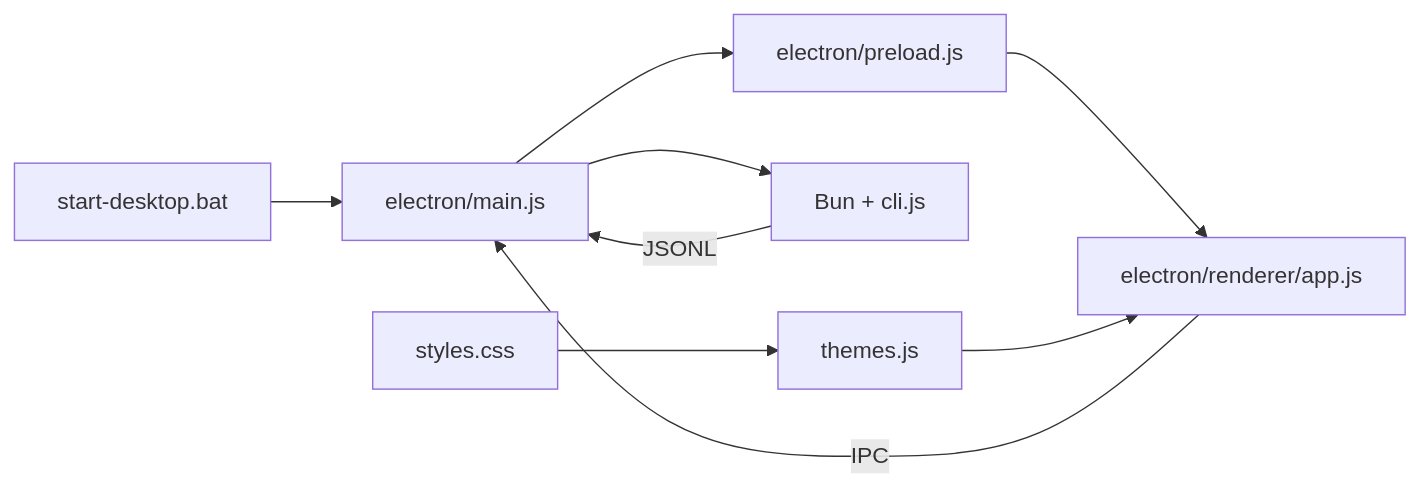
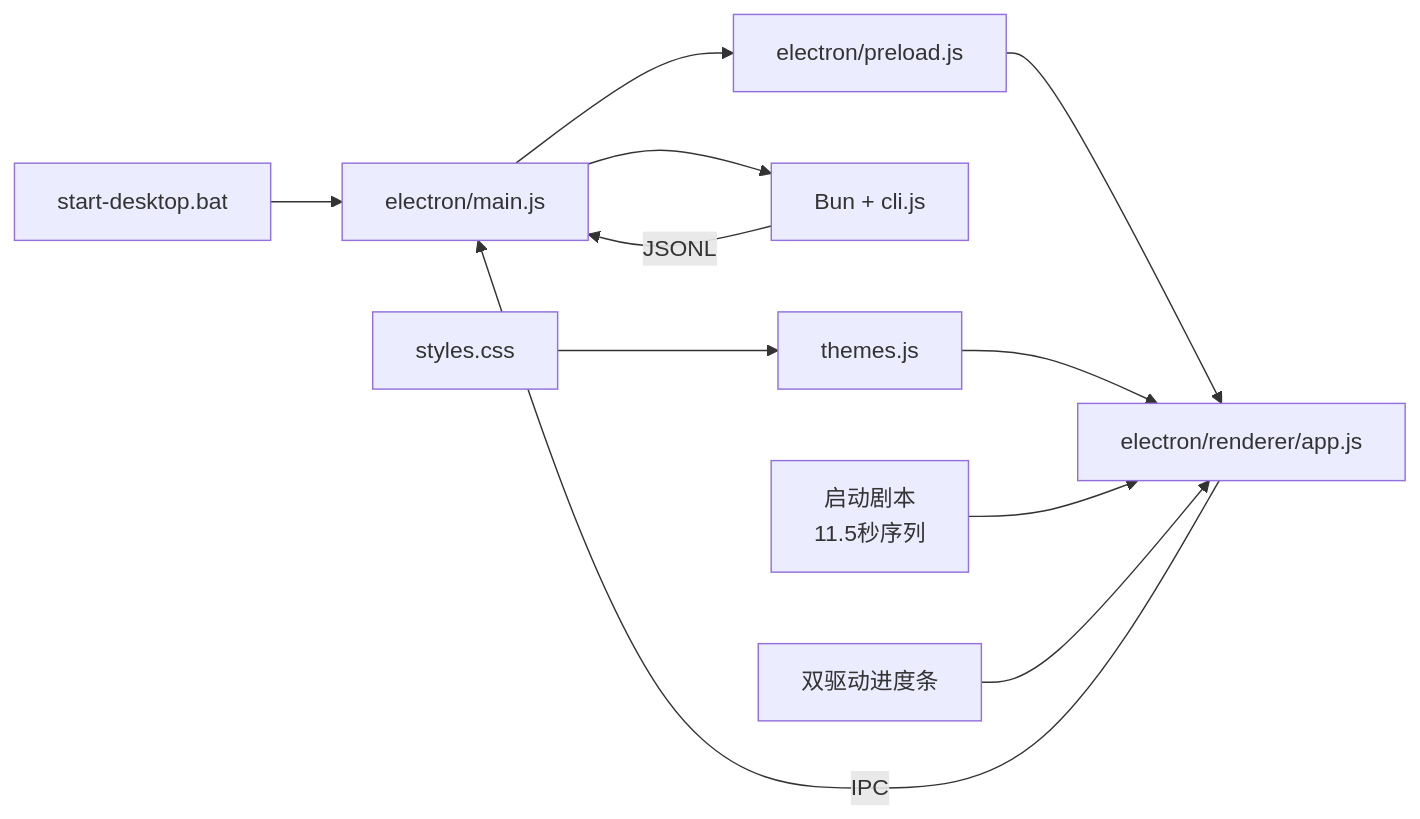
One commit to swond-Mao/Tiffa changed the fifth of 5 diagrams in .qoder/repowiki/zh/content/核心架构/启动流程与动画系统.md. Above: the diagram before and after it, drawn with Mermaid. The commit also changed other lines of this file and 25 other files, not shown here.

````diff
--- a/.qoder/repowiki/zh/content/核心架构/启动流程与动画系统.md
+++ b/.qoder/repowiki/zh/content/核心架构/启动流程与动画系统.md
@@ -319,11 +336,13 @@
 ```mermaid
 graph LR
 BAT["start-desktop.bat"] --> MAIN["electron/main.js"]
 MAIN --> PRE["electron/preload.js"]
 PRE --> RND["electron/renderer/app.js"]
 MAIN --> CLI["Bun + cli.js"]
 RND --> |IPC| MAIN
 CLI --> |JSONL| MAIN
 THEME["themes.js"] --> RND
 STYLE["styles.css"] --> THEME
+SCRIPT["启动剧本<br/>11.5秒序列"] --> RND
+PROGRESS["双驱动进度条"] --> RND
 ```
````
